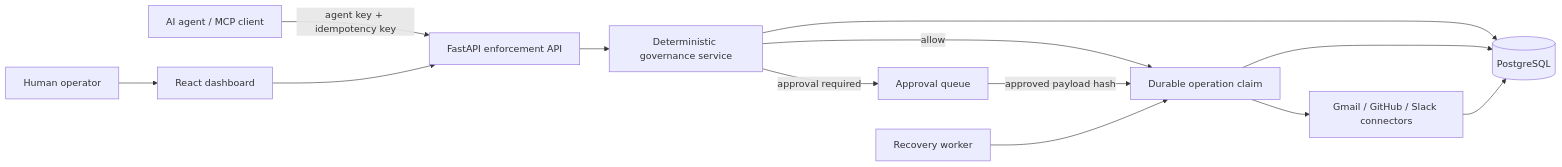
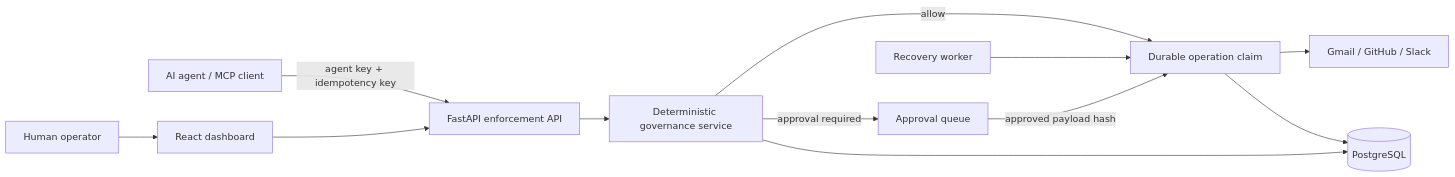
Before and after one commit to furkanulusoy/agentguardai-pro: the second of 2 diagrams in README.md, drawn with Mermaid. The commit also changed other lines of this file and 3 other files, not shown here.

Commit message:
polish GitHub project presentation

````diff
--- a/README.md
+++ b/README.md
@@ -50,15 +118,14 @@
 ```mermaid
 flowchart LR
     A[AI agent / MCP client] -->|agent key + idempotency key| API[FastAPI enforcement API]
     U[Human operator] --> UI[React dashboard]
     UI --> API
     API --> G[Deterministic governance service]
     G -->|allow| O[Durable operation claim]
     G -->|approval required| P[Approval queue]
     P -->|approved payload hash| O
-    O --> C[Gmail / GitHub / Slack connectors]
+    O --> C[Gmail / GitHub / Slack]
     G --> DB[(PostgreSQL)]
     O --> DB
-    C --> DB
     W[Recovery worker] --> O
 ```
````
